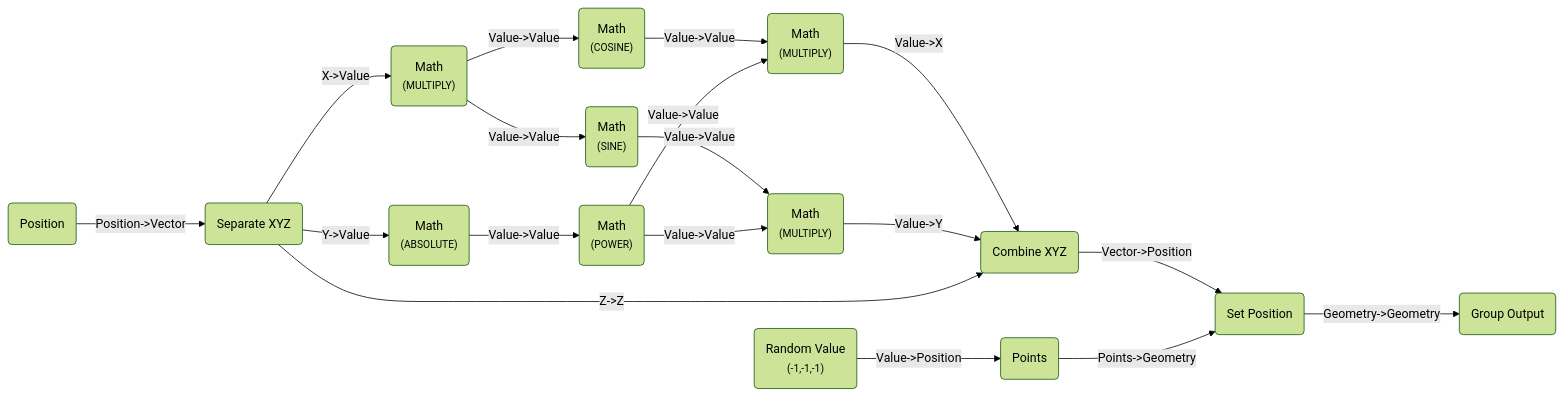
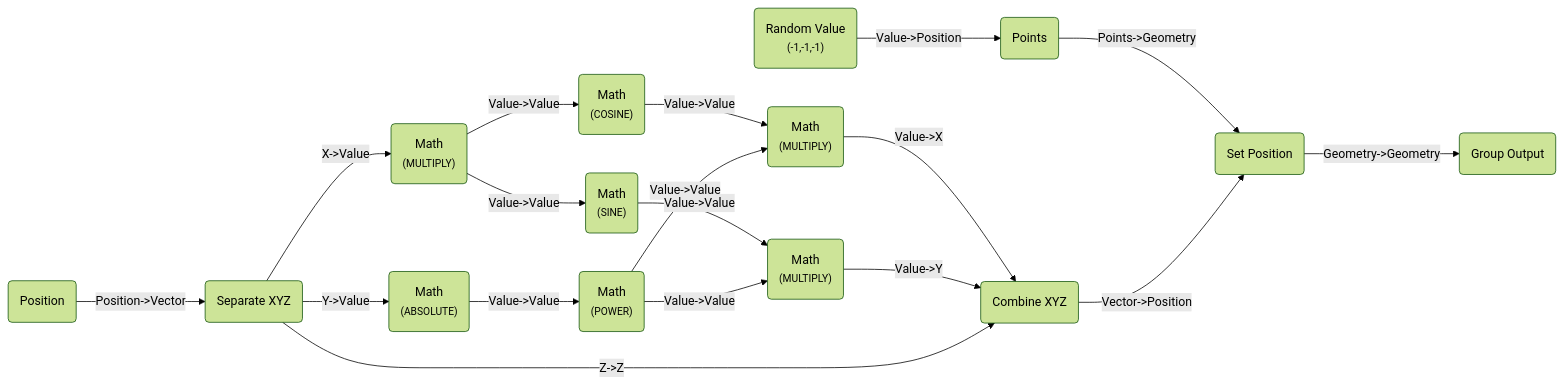
Diagram 11 of 11 in operators.llms.md (BradyAJohnston/nodebpy), drawn with Mermaid (forest theme) before and after one commit. The commit also changed other lines of this file and 104 other files, not shown here.

````diff
--- a/operators.llms.md
+++ b/operators.llms.md
@@ -435,34 +435,34 @@
 ``` mermaid
 graph LR
     N0("Position"):::input-node
     N1("Separate XYZ"):::converter-node
     N2("Math<br/><small>(MULTIPLY)</small>"):::converter-node
     N3("Math<br/><small>(ABSOLUTE)</small>"):::converter-node
     N4("Math<br/><small>(COSINE)</small>"):::converter-node
     N5("Math<br/><small>(SINE)</small>"):::converter-node
     N6("Math<br/><small>(POWER)</small>"):::converter-node
     N7("Random Value<br/><small>(-1,-1,-1)</small>"):::converter-node
     N8("Math<br/><small>(MULTIPLY)</small>"):::converter-node
     N9("Math<br/><small>(MULTIPLY)</small>"):::converter-node
     N10("Points"):::geometry-node
     N11("Combine XYZ"):::converter-node
     N12("Set Position"):::geometry-node
     N13("Group Output"):::default-node
     N0 -->|"Position->Vector"| N1
     N1 -->|"X->Value"| N2
     N1 -->|"Y->Value"| N3
     N3 -->|"Value->Value"| N6
     N2 -->|"Value->Value"| N4
     N4 -->|"Value->Value"| N8
     N6 -->|"Value->Value"| N8
     N2 -->|"Value->Value"| N5
     N5 -->|"Value->Value"| N9
     N6 -->|"Value->Value"| N9
     N8 -->|"Value->X"| N11
     N9 -->|"Value->Y"| N11
+    N1 -->|"Z->Z"| N11
     N7 -->|"Value->Position"| N10
+    N10 -->|"Points->Geometry"| N12
     N11 -->|"Vector->Position"| N12
-    N10 -->|"Points->Geometry"| N12
     N12 -->|"Geometry->Geometry"| N13
-    N1 -->|"Z->Z"| N11
 ```
````
